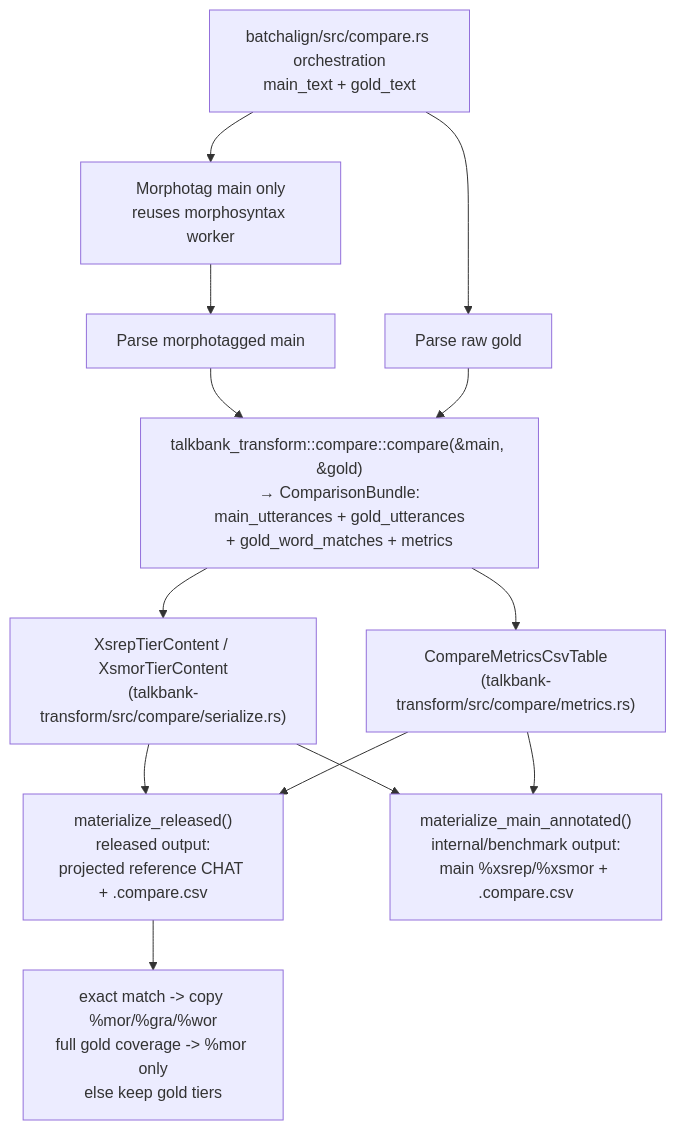
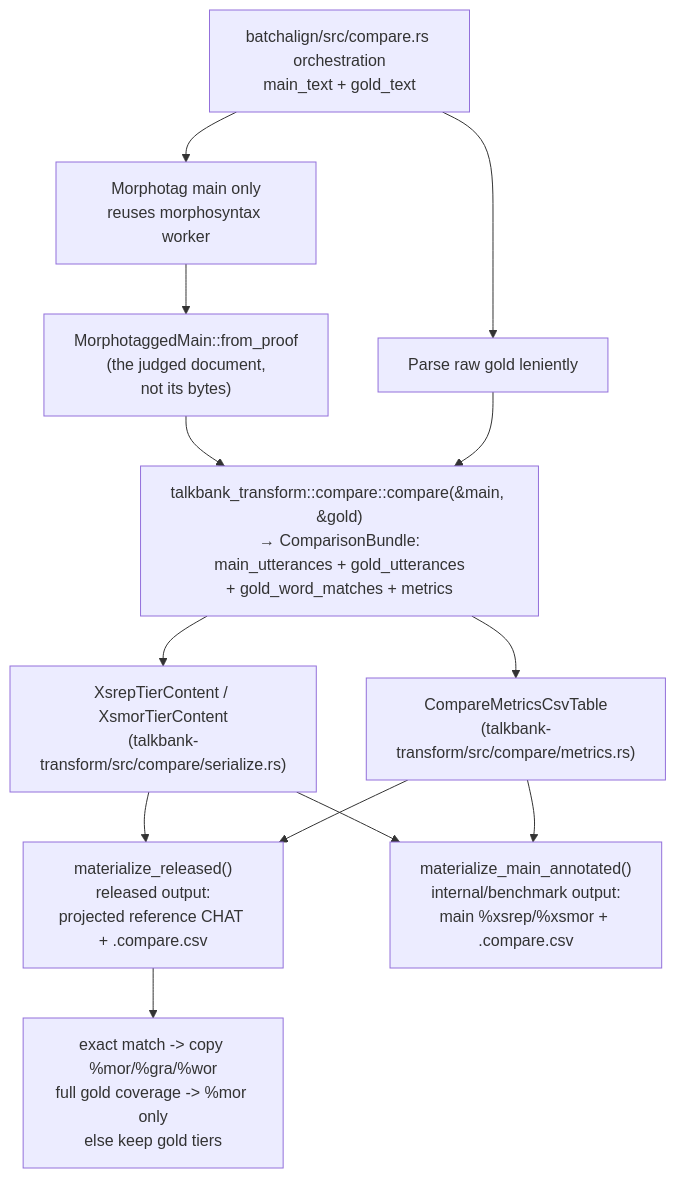
Before and after one commit to FranklinChen/talkbank-tools: the diagram in book/src/batchalign/developer/adding-commands.md, drawn with Mermaid. The commit also changed other lines of this file and 472 other files, not shown here.

````diff
--- a/book/src/batchalign/developer/adding-commands.md
+++ b/book/src/batchalign/developer/adding-commands.md
@@ -294,15 +293,15 @@
 ```mermaid
 flowchart TD
     request["batchalign/src/compare.rs orchestration\nmain_text + gold_text"] --> morph["Morphotag main only\nreuses morphosyntax worker"]
-    request --> gold["Parse raw gold"]
-    morph --> main["Parse morphotagged main"]
+    request --> gold["Parse raw gold leniently"]
+    morph --> main["MorphotaggedMain::from_proof\n(the judged document,\nnot its bytes)"]
     main --> bundle["talkbank_transform::compare::compare(&main, &gold)\n→ ComparisonBundle:\nmain_utterances + gold_utterances\n+ gold_word_matches + metrics"]
     gold --> bundle
     bundle --> tiers["XsrepTierContent / XsmorTierContent\n(talkbank-transform/src/compare/serialize.rs)"]
     bundle --> csv["CompareMetricsCsvTable\n(talkbank-transform/src/compare/metrics.rs)"]
     tiers --> released["materialize_released()\nreleased output:\nprojected reference CHAT + .compare.csv"]
     tiers --> main_view["materialize_main_annotated()\ninternal/benchmark output:\nmain %xsrep/%xsmor + .compare.csv"]
     csv --> released
     csv --> main_view
     released --> safety["exact match -> copy %mor/%gra/%wor\nfull gold coverage -> %mor only\nelse keep gold tiers"]
 ```
````
